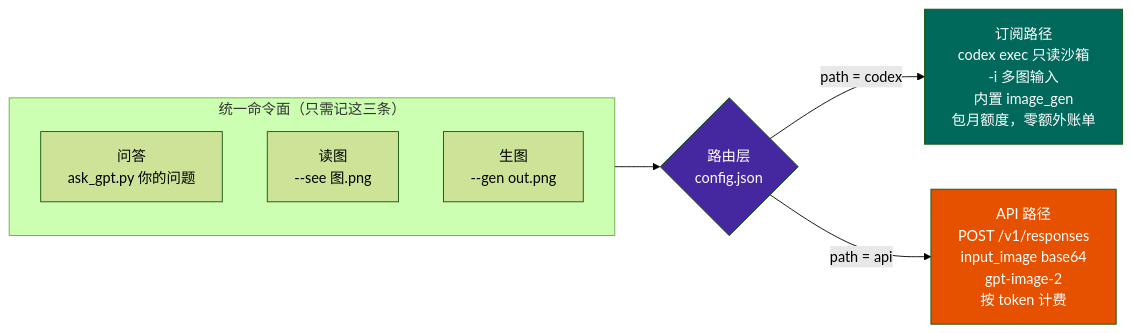
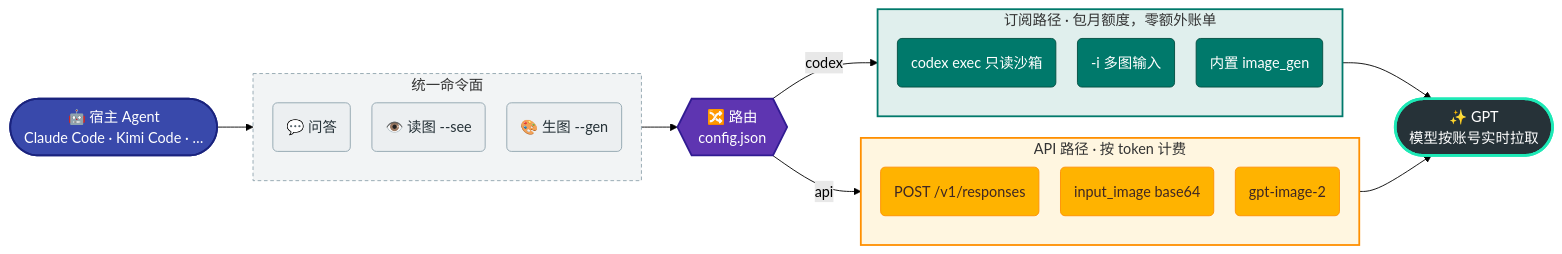
One commit to Stefansong/ask-gpt changed the third of 3 diagrams in README.md. Above: the diagram before and after it, drawn with Mermaid (forest theme). The commit also changed other lines of this file, not shown here.

First line of the commit message:
docs: 重新设计 README 中的三张 Mermaid 图

````diff
--- a/README.md
+++ b/README.md
@@ -145,18 +164,53 @@
 ```mermaid
+%%{init: {"flowchart": {"curve": "basis", "nodeSpacing": 24, "rankSpacing": 40}}}%%
 flowchart LR
-    subgraph UI["统一命令面（只需记这三条）"]
+    AG(["🤖 宿主 Agent<br/>Claude Code · Kimi Code · …"])
+
+    subgraph CMD["统一命令面"]
         direction TB
-        Q["问答<br/>ask_gpt.py 你的问题"]
-        S["读图<br/>--see 图.png"]
-        G["生图<br/>--gen out.png"]
+        Q("💬 问答")
+        V("👁️ 读图 --see")
+        P("🎨 生图 --gen")
     end
 
-    UI --> R{"路由层<br/>config.json"}
+    R{{"🔀 路由<br/>config.json"}}
 
-    R -->|path = codex| SUB["订阅路径<br/>codex exec 只读沙箱<br/>-i 多图输入<br/>内置 image_gen<br/>包月额度，零额外账单"]
-    R -->|path = api| API["API 路径<br/>POST /v1/responses<br/>input_image base64<br/>gpt-image-2<br/>按 token 计费"]
+    subgraph SUBP["订阅路径 · 包月额度，零额外账单"]
+        direction TB
+        S1("codex exec 只读沙箱")
+        S2("-i 多图输入")
+        S3("内置 image_gen")
+    end
 
-    style SUB fill:#00695c,color:#fff
-    style API fill:#e65100,color:#fff
-    style R fill:#4527a0,color:#fff
+    subgraph APIP["API 路径 · 按 token 计费"]
+        direction TB
+        A1("POST /v1/responses")
+        A2("input_image base64")
+        A3("gpt-image-2")
+    end
+
+    M(["✨ GPT<br/>模型按账号实时拉取"])
+
+    AG --> CMD --> R
+    R -->|codex| SUBP
+    R -->|api| APIP
+    SUBP --> M
+    APIP --> M
+
+    classDef agent  fill:#3949ab,stroke:#1a237e,color:#fff,stroke-width:2px
+    classDef cmd    fill:#eceff1,stroke:#90a4ae,color:#263238
+    classDef router fill:#5e35b1,stroke:#311b92,color:#fff,stroke-width:2px
+    classDef sub    fill:#00796b,stroke:#004d40,color:#fff
+    classDef api    fill:#ffb300,stroke:#ff8f00,color:#3e2723
+    classDef gpt    fill:#263238,stroke:#1de9b6,color:#fff,stroke-width:3px
+
+    class AG agent
+    class Q,V,P cmd
+    class R router
+    class S1,S2,S3 sub
+    class A1,A2,A3 api
+    class M gpt
+    style CMD  fill:#90a4ae1f,stroke:#90a4ae,stroke-dasharray:4 3
+    style SUBP fill:#00796b1f,stroke:#00796b,stroke-width:2px
+    style APIP fill:#ffb3001f,stroke:#ff8f00,stroke-width:2px
 ```
````
